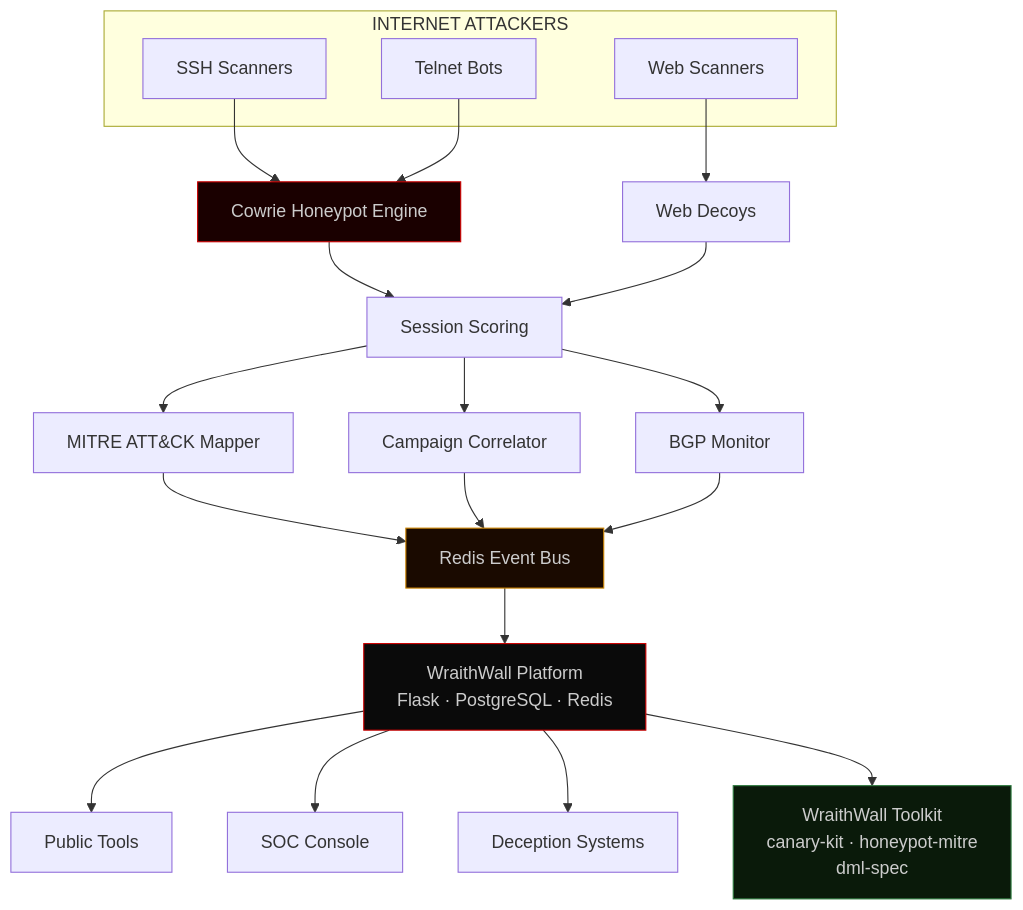
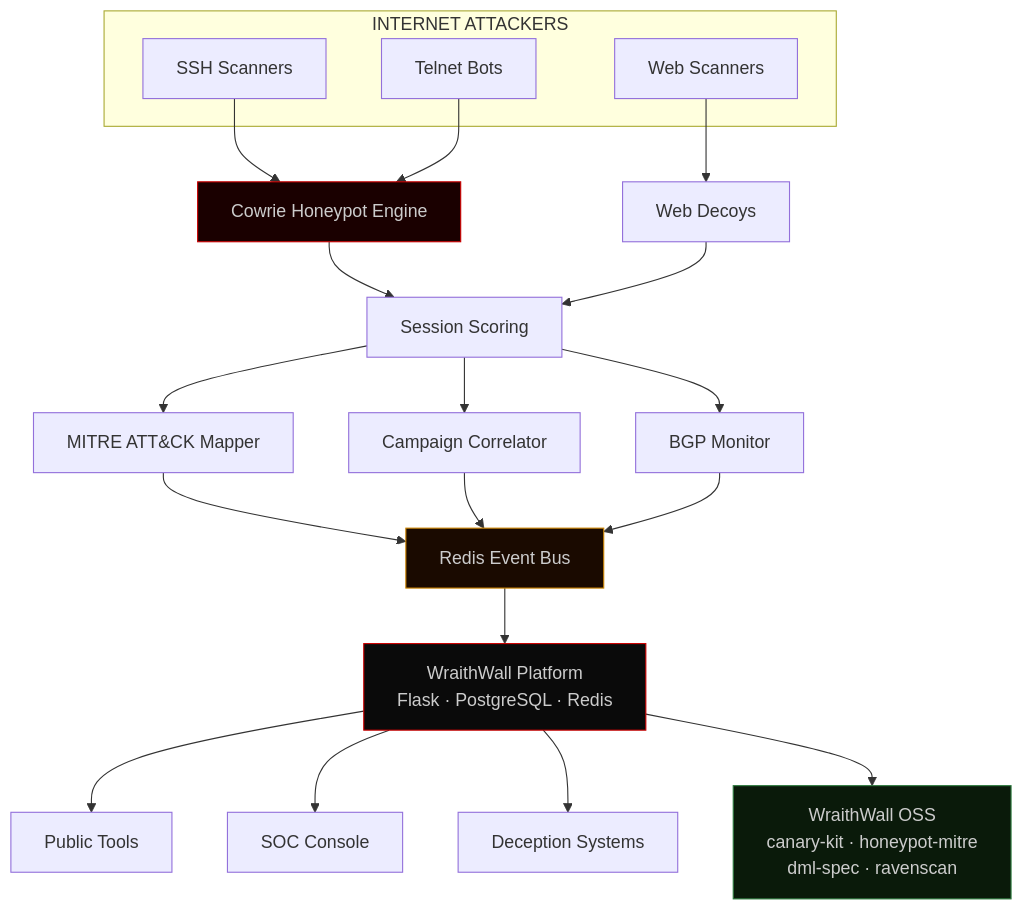
Before and after one commit to niffyhunt/niffyhunt: the diagram in README.md, drawn with Mermaid. The commit also changed other lines of this file, not shown here.

First line of the commit message:
chore: refresh profile — update social links and OSS references

````diff
--- a/README.md
+++ b/README.md
@@ -108,36 +109,36 @@
 ```mermaid
 graph TB
     subgraph Internet["INTERNET ATTACKERS"]
         SSH[SSH Scanners]
         TEL[Telnet Bots]
         WEB[Web Scanners]
     end
 
     SSH --> COWRIE
     TEL --> COWRIE
     WEB --> DECOY[Web Decoys]
 
     COWRIE[Cowrie Honeypot Engine] --> SCORE[Session Scoring]
     DECOY --> SCORE
 
     SCORE --> MITRE[MITRE ATT&CK Mapper]
     SCORE --> CORR[Campaign Correlator]
     SCORE --> BGP[BGP Monitor]
 
     MITRE --> BUS[Redis Event Bus]
     CORR --> BUS
     BGP --> BUS
 
     BUS --> PLATFORM[WraithWall Platform<br/>Flask · PostgreSQL · Redis]
 
     PLATFORM --> TOOLS[Public Tools]
     PLATFORM --> CONSOLE[SOC Console]
     PLATFORM --> DECEPTION[Deception Systems]
 
-    PLATFORM --> OSS[WraithWall Toolkit<br/>canary-kit · honeypot-mitre<br/>dml-spec]
+    PLATFORM --> OSS[WraithWall OSS<br/>canary-kit · honeypot-mitre<br/>dml-spec · ravenscan]
 
     style COWRIE fill:#1a0000,stroke:#cc0000,color:#cccccc
     style PLATFORM fill:#0a0a0a,stroke:#cc0000,color:#cccccc
     style BUS fill:#1a0a00,stroke:#cc8400,color:#cccccc
     style OSS fill:#0a1a0a,stroke:#2d7a3e,color:#cccccc
 ```
````
